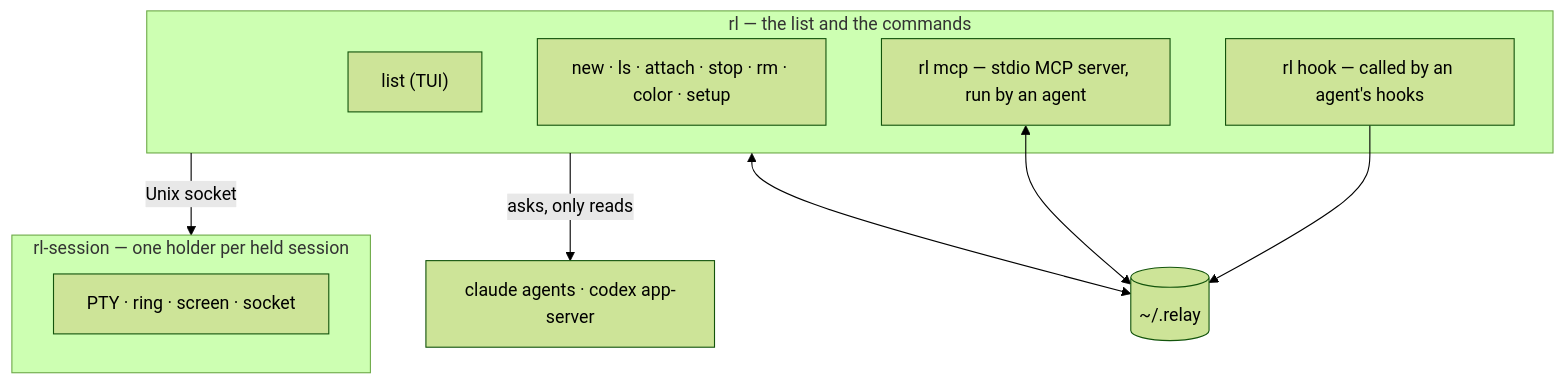
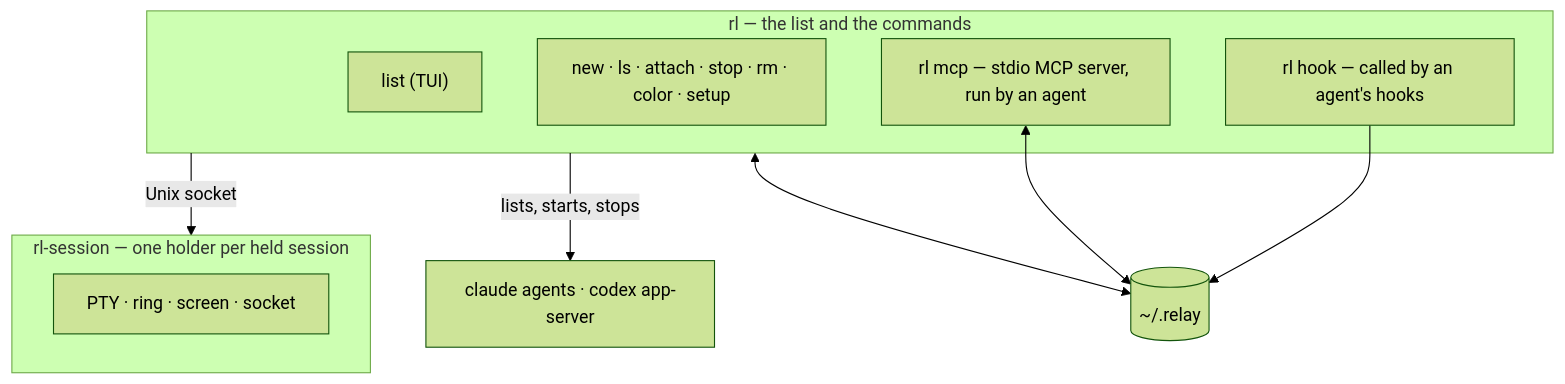
One commit to instilled/relay changed the diagram in docs/ARCHITECTURE.md. Above: the diagram before and after it, drawn with Mermaid (forest theme). The commit also changed other lines of this file and 35 other files, not shown here.

````diff
--- a/docs/ARCHITECTURE.md
+++ b/docs/ARCHITECTURE.md
@@ -15,19 +15,19 @@
 ```mermaid
 flowchart TB
     subgraph rl["rl — the list and the commands"]
         tui["list (TUI)"]
         cmds["new · ls · attach · stop · rm · color · setup"]
         hook["rl hook — called by an agent's hooks"]
         mcp["rl mcp — stdio MCP server, run by an agent"]
     end
     subgraph holder["rl-session — one holder per held session"]
         h["PTY · ring · screen · socket"]
     end
     files[("~/.relay")]
     native["claude agents · codex app-server"]
     rl -- "Unix socket" --> holder
     rl <--> files
     hook --> files
     mcp <--> files
-    rl -- "asks, only reads" --> native
+    rl -- "lists, starts, stops" --> native
 ```
````
